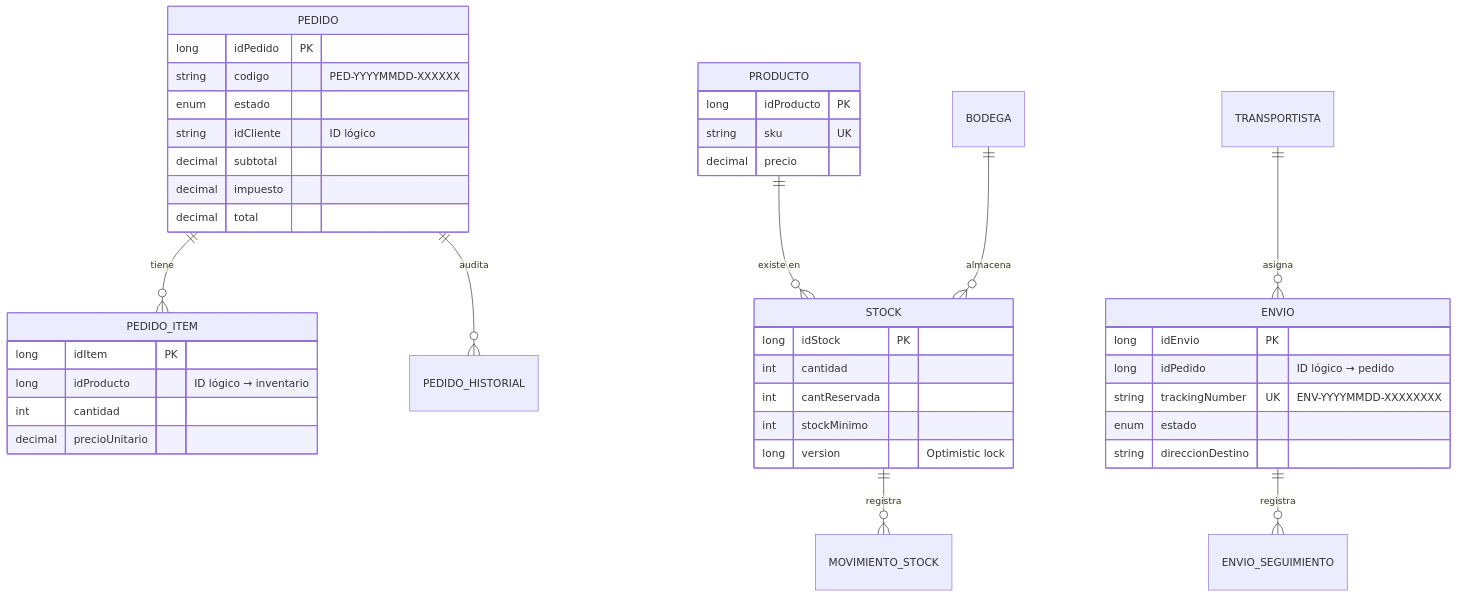
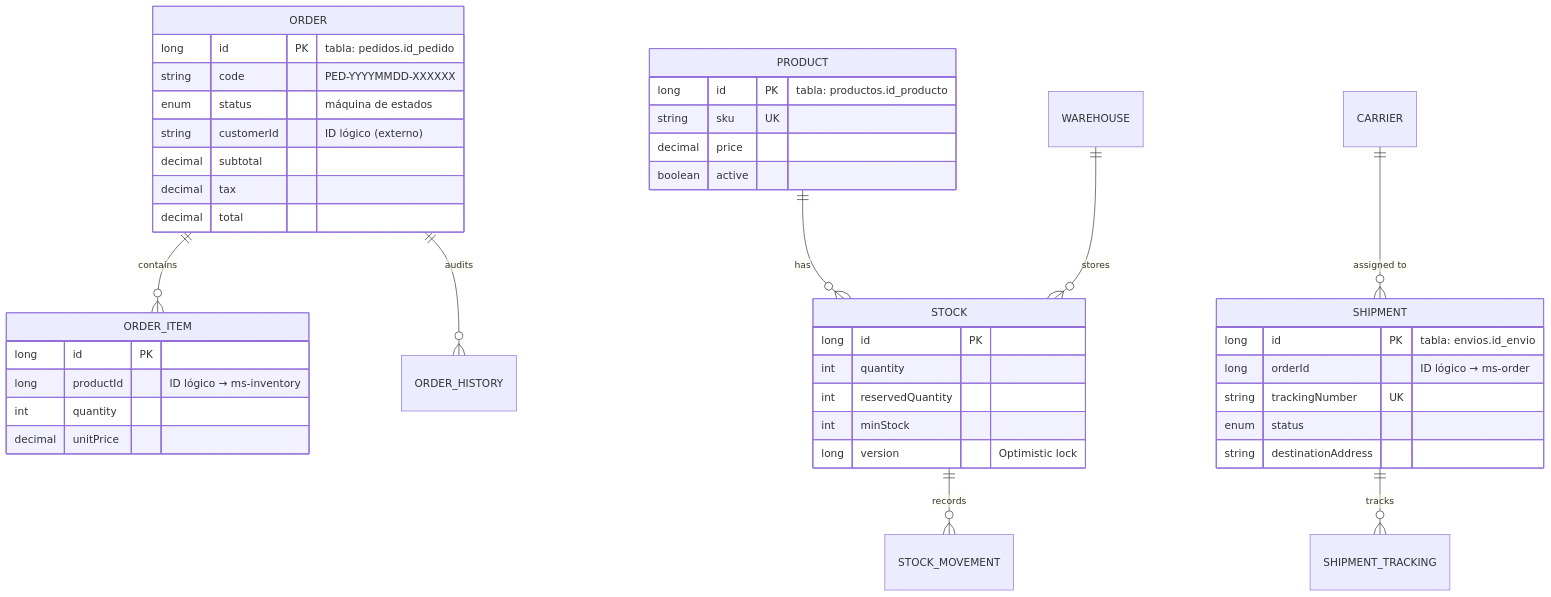
One commit to smartLogixfs/smartlogixs changed the sixth of 8 diagrams in README.md. Above: the diagram before and after it, drawn with Mermaid. The commit also changed other lines of this file and 8 other files, not shown here.

````diff
--- a/README.md
+++ b/README.md
@@ -252,46 +289,47 @@
 ```mermaid
 erDiagram
-    PEDIDO ||--o{ PEDIDO_ITEM : tiene
-    PEDIDO ||--o{ PEDIDO_HISTORIAL : audita
-    PEDIDO {
-        long idPedido PK
-        string codigo "PED-YYYYMMDD-XXXXXX"
-        enum estado
-        string idCliente "ID lógico"
+    ORDER ||--o{ ORDER_ITEM : contains
+    ORDER ||--o{ ORDER_HISTORY : audits
+    ORDER {
+        long id PK "tabla: pedidos.id_pedido"
+        string code "PED-YYYYMMDD-XXXXXX"
+        enum status "máquina de estados"
+        string customerId "ID lógico (externo)"
         decimal subtotal
-        decimal impuesto
+        decimal tax
         decimal total
     }
-    PEDIDO_ITEM {
-        long idItem PK
-        long idProducto "ID lógico → inventario"
-        int cantidad
-        decimal precioUnitario
+    ORDER_ITEM {
+        long id PK
+        long productId "ID lógico → ms-inventory"
+        int quantity
+        decimal unitPrice
     }
 
-    PRODUCTO ||--o{ STOCK : "existe en"
-    BODEGA ||--o{ STOCK : "almacena"
-    STOCK ||--o{ MOVIMIENTO_STOCK : registra
-    PRODUCTO {
-        long idProducto PK
+    PRODUCT ||--o{ STOCK : "has"
+    WAREHOUSE ||--o{ STOCK : "stores"
+    STOCK ||--o{ STOCK_MOVEMENT : "records"
+    PRODUCT {
+        long id PK "tabla: productos.id_producto"
         string sku UK
-        decimal precio
+        decimal price
+        boolean active
     }
     STOCK {
-        long idStock PK
-        int cantidad
-        int cantReservada
-        int stockMinimo
+        long id PK
+        int quantity
+        int reservedQuantity
+        int minStock
         long version "Optimistic lock"
     }
 
-    ENVIO ||--o{ ENVIO_SEGUIMIENTO : registra
-    TRANSPORTISTA ||--o{ ENVIO : "asigna"
-    ENVIO {
-        long idEnvio PK
-        long idPedido "ID lógico → pedido"
-        string trackingNumber UK "ENV-YYYYMMDD-XXXXXXXX"
-        enum estado
-        string direccionDestino
+    SHIPMENT ||--o{ SHIPMENT_TRACKING : "tracks"
+    CARRIER ||--o{ SHIPMENT : "assigned to"
+    SHIPMENT {
+        long id PK "tabla: envios.id_envio"
+        long orderId "ID lógico → ms-order"
+        string trackingNumber UK
+        enum status
+        string destinationAddress
     }
 ```
````
